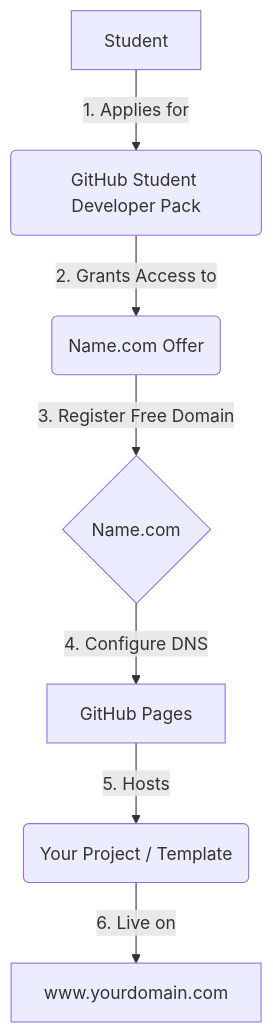
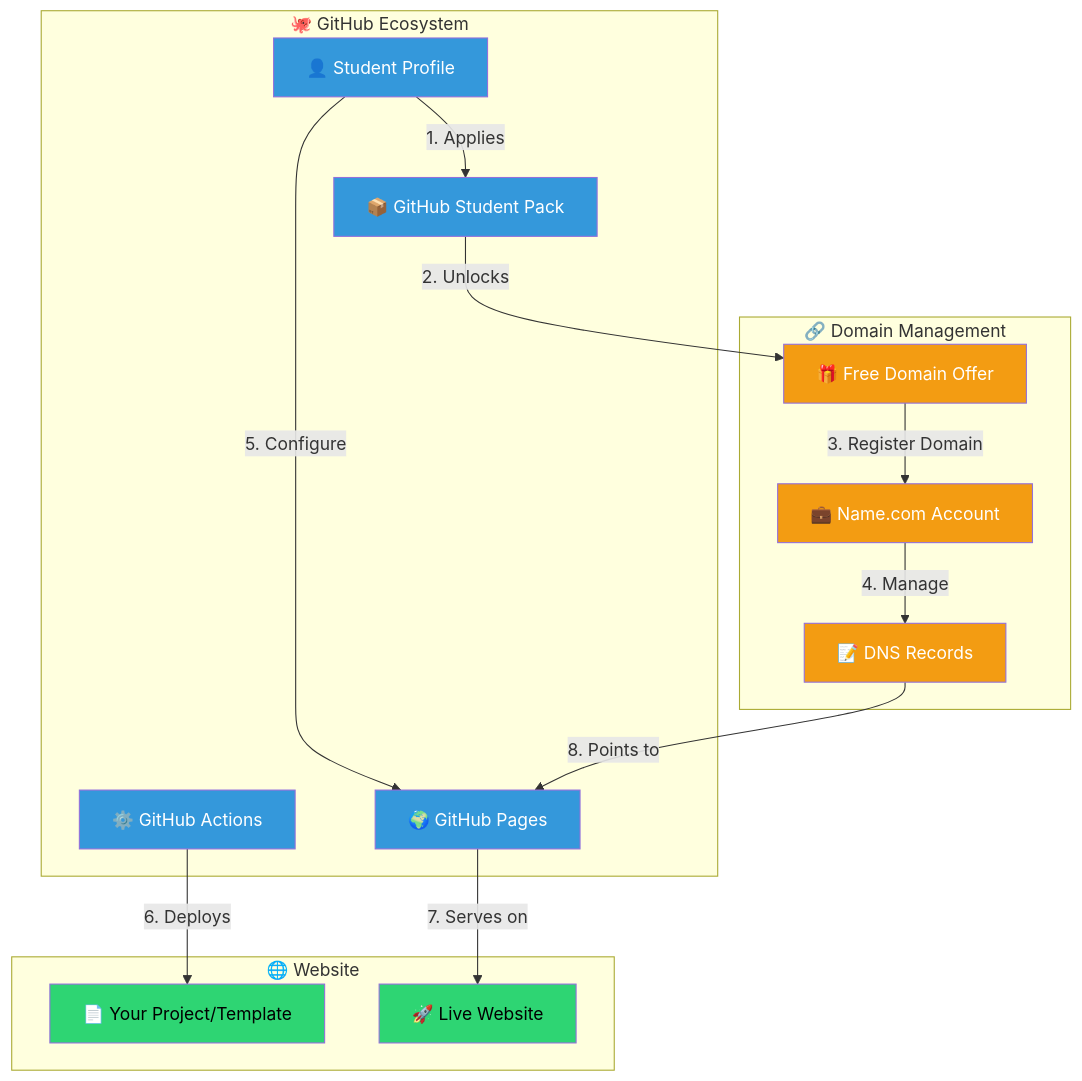
One commit to Genovese-Felipe/student-pack changed the first of 8 diagrams in resources/DOMAIN_SETUP.md. Above: the diagram before and after it, drawn with Mermaid. The commit also changed other lines of this file and 8 other files, not shown here.

Commit message:
Enhance documentation with comprehensive Mermaid diagrams and visual flows

````diff
--- a/resources/DOMAIN_SETUP.md
+++ b/resources/DOMAIN_SETUP.md
@@ -7,9 +7,39 @@
 ```mermaid
-graph TD
-    A[Student] -->|1. Applies for| B(GitHub Student Developer Pack)
-    B -->|2. Grants Access to| C(Name.com Offer)
-    C -->|3. Register Free Domain| D{Name.com}
-    D -->|4. Configure DNS| E[GitHub Pages]
-    E -->|5. Hosts| F(Your Project / Template)
-    F -->|6. Live on| G[www.yourdomain.com]
+graph TB
+    subgraph GitHub["🐙 GitHub Ecosystem"]
+        A["👤 Student Profile"]
+        B["📦 GitHub Student Pack"]
+        C["🌍 GitHub Pages"]
+        D["⚙️ GitHub Actions"]
+    end
+    
+    subgraph Domain["🔗 Domain Management"]
+        E["💼 Name.com Account"]
+        F["🎁 Free Domain Offer"]
+        G["📝 DNS Records"]
+    end
+    
+    subgraph Website["🌐 Website"]
+        H["📄 Your Project/Template"]
+        I["🚀 Live Website"]
+    end
+    
+    A -->|1. Applies| B
+    B -->|2. Unlocks| F
+    F -->|3. Register Domain| E
+    E -->|4. Manage| G
+    A -->|5. Configure| C
+    D -->|6. Deploys| H
+    C -->|7. Serves on| I
+    G -->|8. Points to| C
+    
+    style A fill:#3498db,color:#fff
+    style B fill:#3498db,color:#fff
+    style C fill:#3498db,color:#fff
+    style D fill:#3498db,color:#fff
+    style E fill:#f39c12,color:#fff
+    style F fill:#f39c12,color:#fff
+    style G fill:#f39c12,color:#fff
+    style H fill:#2ed573,color:#000
+    style I fill:#2ed573,color:#000
 ```
````
